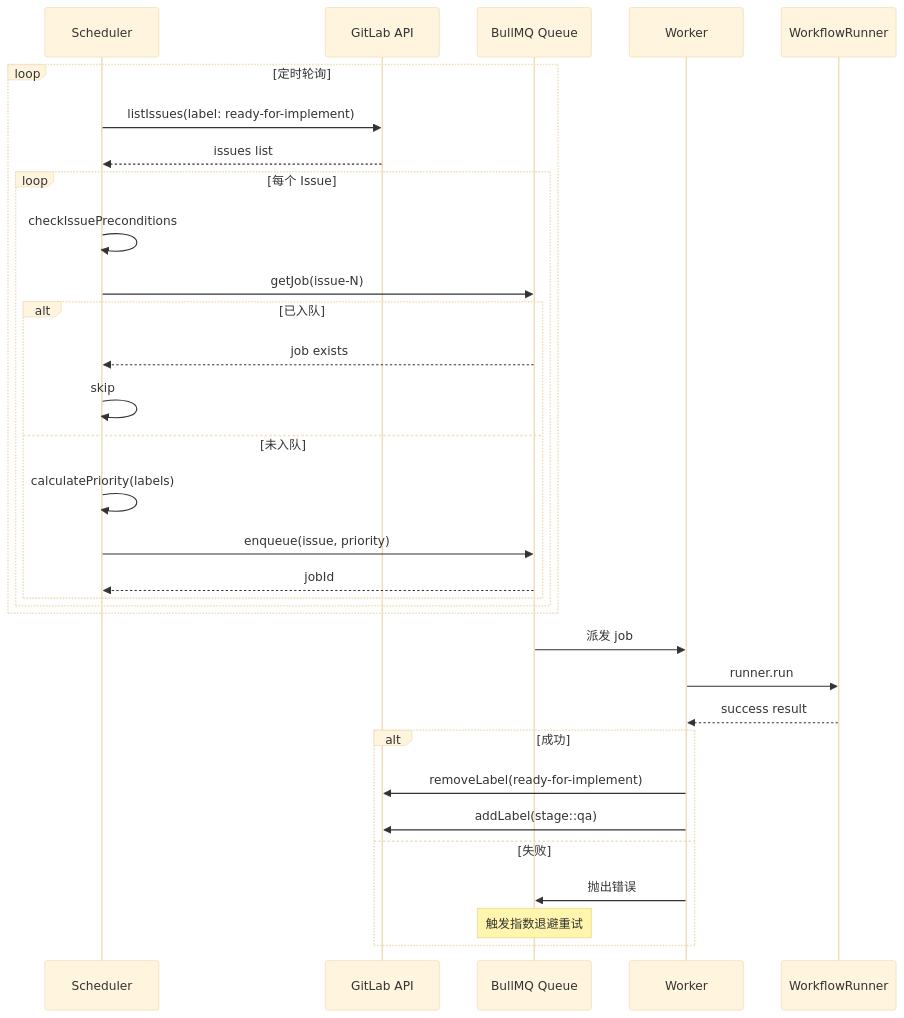
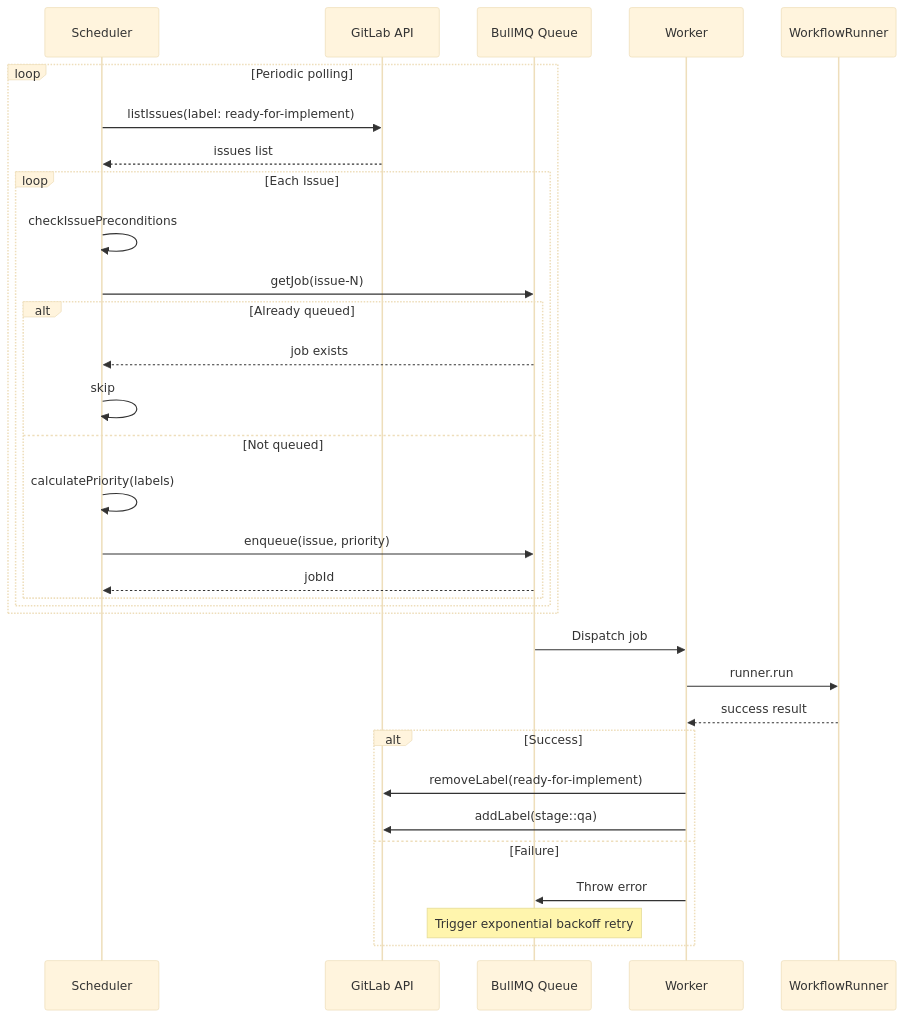
Before and after one commit to easyhaloo/afk: the ninth of 11 diagrams in docs/ARCHITECTURE.md, drawn with Mermaid (base theme). The commit also changed other lines of this file, not shown here.

Commit message:
docs: add English ARCHITECTURE.md

````diff
--- a/docs/ARCHITECTURE.md
+++ b/docs/ARCHITECTURE.md
@@ -512,38 +512,38 @@
 ```mermaid
 sequenceDiagram
     participant S as Scheduler
     participant GL as GitLab API
     participant Q as BullMQ Queue
     participant W as Worker
     participant R as WorkflowRunner
 
-    loop 定时轮询
+    loop Periodic polling
         S->>GL: listIssues(label: ready-for-implement)
         GL-->>S: issues list
 
-        loop 每个 Issue
+        loop Each Issue
             S->>S: checkIssuePreconditions
             S->>Q: getJob(issue-N)
-            alt 已入队
+            alt Already queued
                 Q-->>S: job exists
                 S->>S: skip
-            else 未入队
+            else Not queued
                 S->>S: calculatePriority(labels)
                 S->>Q: enqueue(issue, priority)
                 Q-->>S: jobId
             end
         end
     end
 
-    Q->>W: 派发 job
+    Q->>W: Dispatch job
     W->>R: runner.run
     R-->>W: success result
 
-    alt 成功
+    alt Success
         W->>GL: removeLabel(ready-for-implement)
         W->>GL: addLabel(stage::qa)
-    else 失败
-        W->>Q: 抛出错误
-        Note over Q: 触发指数退避重试
+    else Failure
+        W->>Q: Throw error
+        Note over Q: Trigger exponential backoff retry
     end
 ```
````
